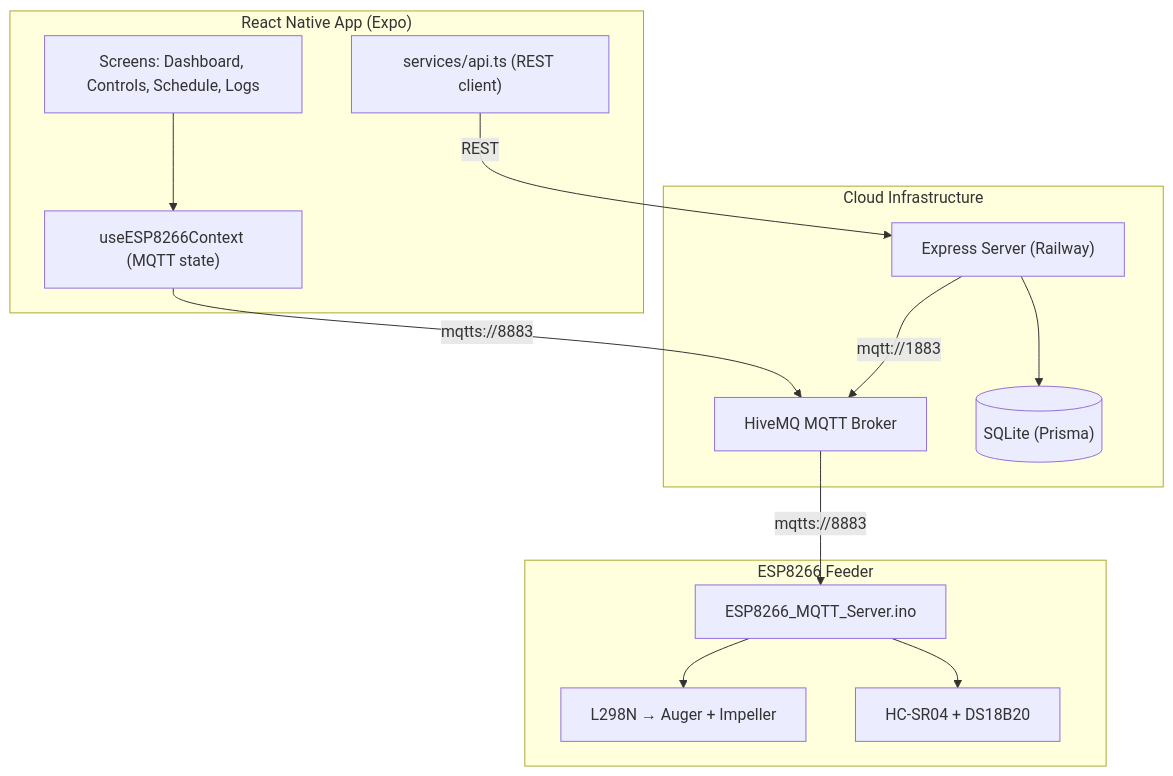
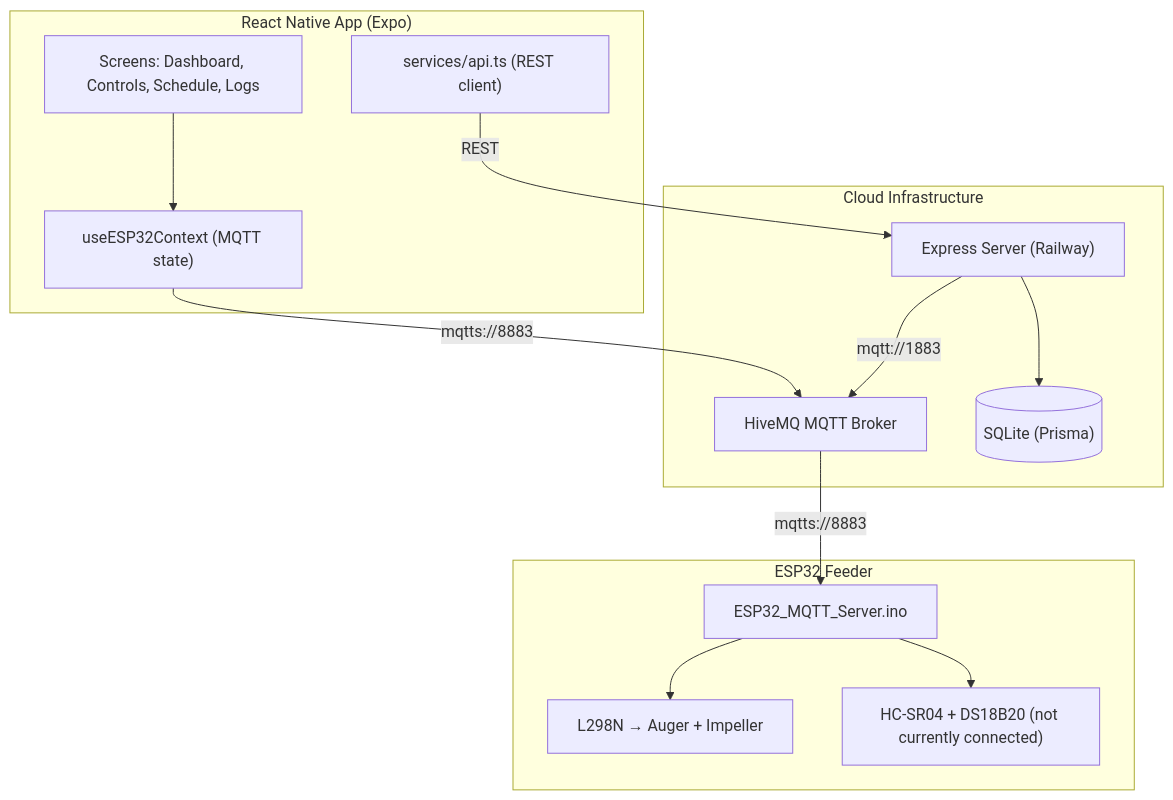
One commit to Jezerwel/floyd-app changed the diagram in codebase.md. Above: the diagram before and after it, drawn with Mermaid. The commit also changed other lines of this file and 14 other files, not shown here.

````diff
--- a/codebase.md
+++ b/codebase.md
@@ -9,26 +9,26 @@
 ```mermaid
 graph TB
     subgraph App["React Native App (Expo)"]
         UI["Screens: Dashboard, Controls, Schedule, Logs"]
-        CTX["useESP8266Context (MQTT state)"]
+        CTX["useESP32Context (MQTT state)"]
         API["services/api.ts (REST client)"]
     end
     subgraph Cloud["Cloud Infrastructure"]
         HIVEMQ["HiveMQ MQTT Broker"]
         SRV["Express Server (Railway)"]
         DB[("SQLite (Prisma)")]
     end
-    subgraph HW["ESP8266 Feeder"]
-        FW["ESP8266_MQTT_Server.ino"]
+    subgraph HW["ESP32 Feeder"]
+        FW["ESP32_MQTT_Server.ino"]
         L298N["L298N → Auger + Impeller"]
-        SENSORS["HC-SR04 + DS18B20"]
+        SENSORS["HC-SR04 + DS18B20 (not currently connected)"]
     end
     UI --> CTX
     CTX -- mqtts://8883 --> HIVEMQ
     API -- REST --> SRV
     SRV -- mqtt://1883 --> HIVEMQ
     SRV --> DB
     HIVEMQ -- mqtts://8883 --> FW
     FW --> L298N
     FW --> SENSORS
 ```
````
